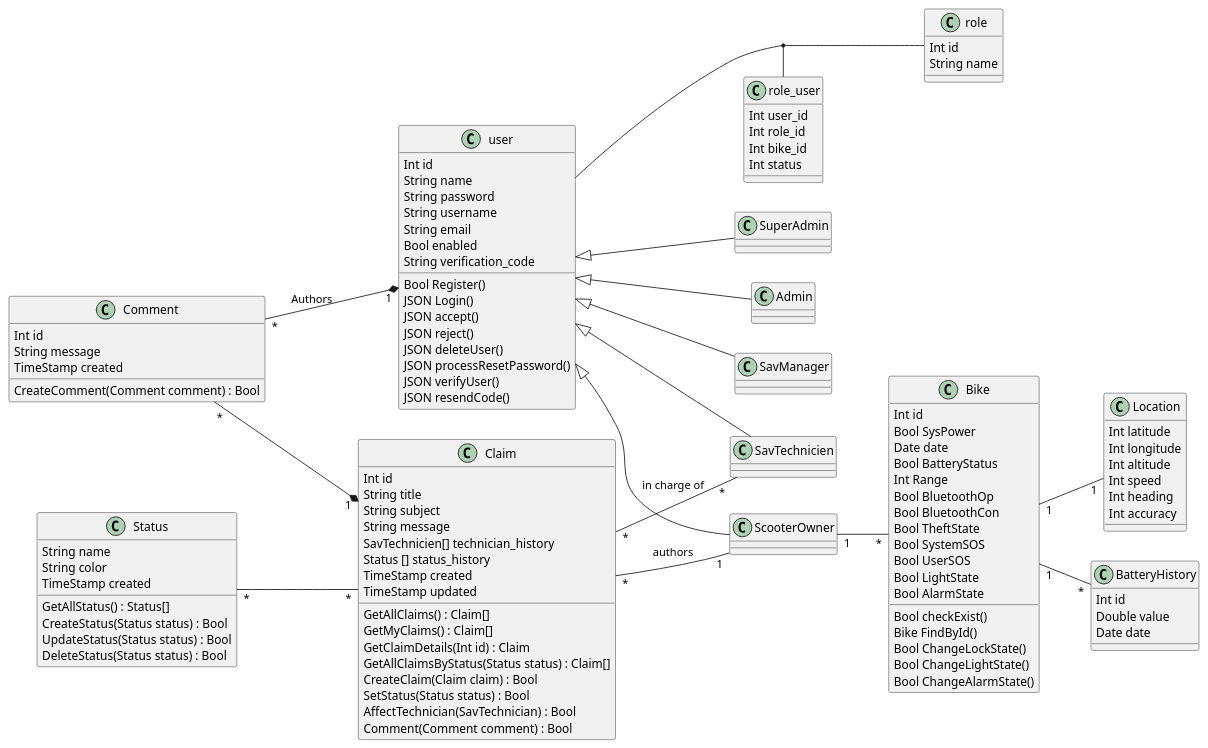
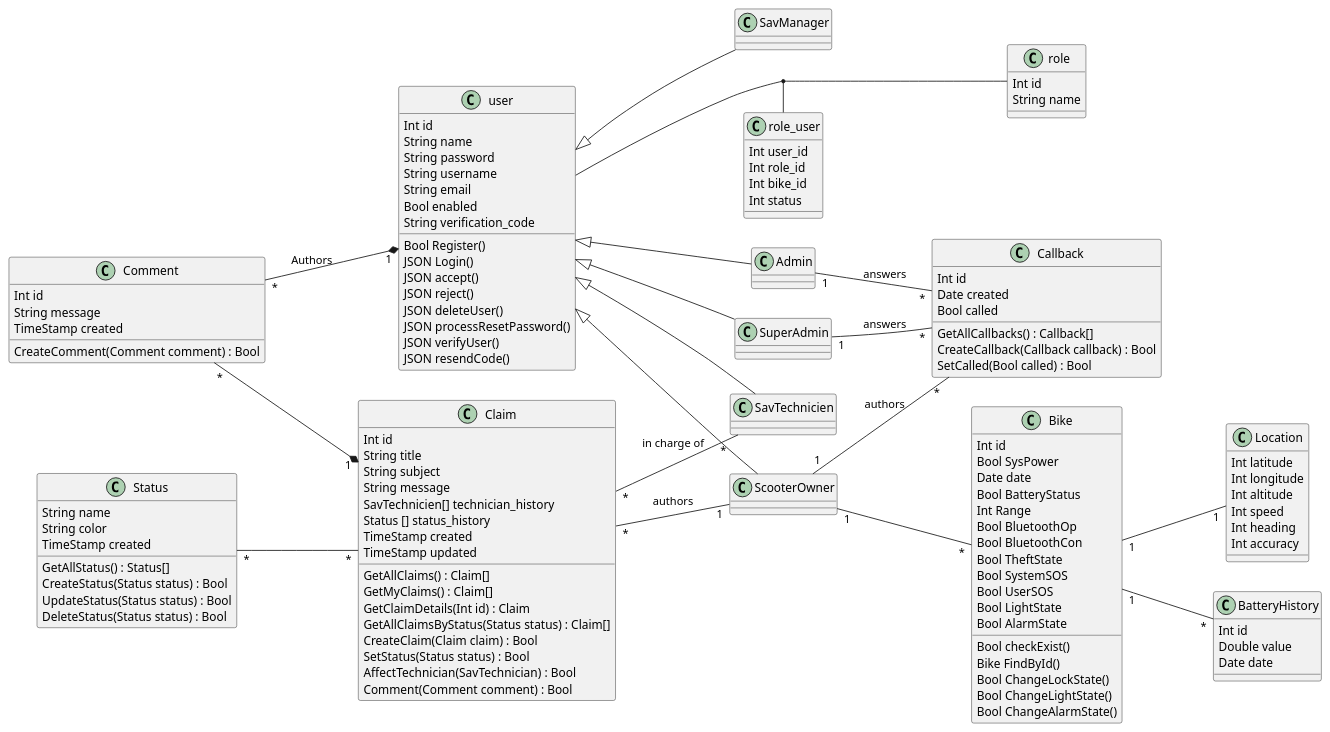
Before and after one commit to smurfsDev/pixii-project: the diagram in rapport/class/general_class_diagram.wsd, drawn with PlantUML. The commit also changed 1 other file, not shown here.

Commit message:
callback class diagram

```diff
--- a/rapport/class/general_class_diagram.wsd
+++ b/rapport/class/general_class_diagram.wsd
@@ -1,133 +1,149 @@
 @startuml general_class_diagram
 Class user {
 Int id
 String name
 String password
 String username
 String email
 Bool enabled 
 String verification_code
 Bool Register()
 JSON Login()
 JSON accept()
 JSON reject()
 JSON deleteUser()
 JSON processResetPassword()
 JSON verifyUser()
 JSON resendCode()
 }
 
 Class role{
 Int id
 String name
 }
 
 Class role_user{
 Int user_id
 Int role_id
 Int bike_id
 Int status
 }
 (user,role) "1..*" - "0..*" role_user
 
  
 Class SuperAdmin{}
 Class Admin{}
 Class SavManager{}
 Class SavTechnicien{}
 Class ScooterOwner{}
 Class Location{
     Int latitude
     Int longitude
     Int altitude
     Int speed
     Int heading
     Int accuracy
 }
 Class BatteryHistory{
     Int id
     Double value
     Date date
 }
 Class Bike{
     Int id
     Bool SysPower
     Date date
     ' Location location
     Bool BatteryStatus
     ' BatteryHistory[] batteryHistory
     Int Range
     Bool BluetoothOp
     Bool BluetoothCon
     Bool TheftState
     Bool SystemSOS
     Bool UserSOS
     Bool LightState
     Bool AlarmState
     Bool checkExist()
     Bike FindById()
     Bool ChangeLockState()
     Bool ChangeLightState()
     Bool ChangeAlarmState()
 
 }
 
 left to right direction
 user <|-- SuperAdmin
 user <|-- Admin
 user <|-- SavManager
 user <|-- SavTechnicien
 user <|-- ScooterOwner
 
 Class Claim {
 Int id
 String title
 String subject
 String message
 SavTechnicien[] technician_history
 Status [] status_history
 TimeStamp created
 TimeStamp updated
 
 GetAllClaims() : Claim[]
 GetMyClaims() : Claim[]
 GetClaimDetails(Int id) : Claim
 GetAllClaimsByStatus(Status status) : Claim[]
 CreateClaim(Claim claim) : Bool
 SetStatus(Status status) : Bool
 AffectTechnician(SavTechnician) : Bool
 Comment(Comment comment) : Bool
 
 }
 
 Class Comment{
 Int id
 String message
 TimeStamp created
 
 CreateComment(Comment comment) : Bool
 
 }
 
 Class Status{
 String name
 String color
 TimeStamp created
 
 GetAllStatus() : Status[]
 CreateStatus(Status status) : Bool
 UpdateStatus(Status status) : Bool
 DeleteStatus(Status status) : Bool
 
 }
 
 Claim "*"--"*" SavTechnicien : in charge of 
 Claim "*"--"1" ScooterOwner : authors
 Comment "*"--*"1" Claim
 Comment "*"--*"1" user : Authors
 Status "*"--"*" Claim
 Bike "1"--"1" Location
 Bike "1"--"*" BatteryHistory
 ScooterOwner "1"--"*" Bike
 
+Class Callback{
+	Int id
+	Date created
+	Bool called
+	GetAllCallbacks() : Callback[]
+	CreateCallback(Callback callback) : Bool
+	SetCalled(Bool called) : Bool
+}
+
+ScooterOwner "1"--"*" Callback :authors
+
+SuperAdmin "1"--"*" Callback :answers
+Admin "1"--"*" Callback :answers
+
+
+
 @enduml
```
